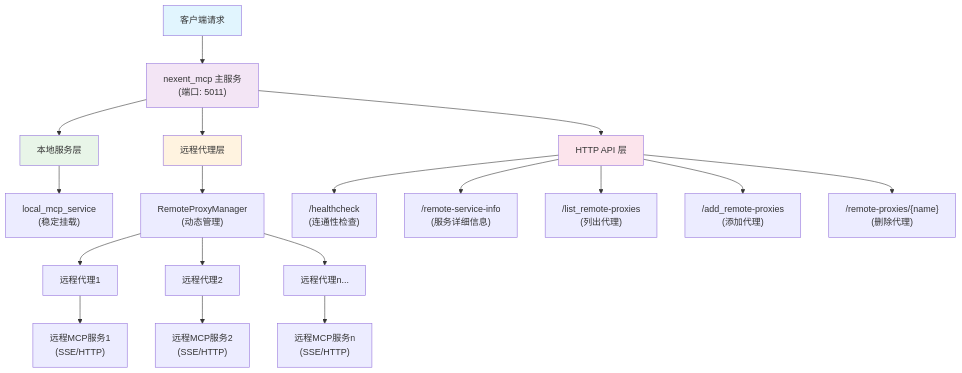
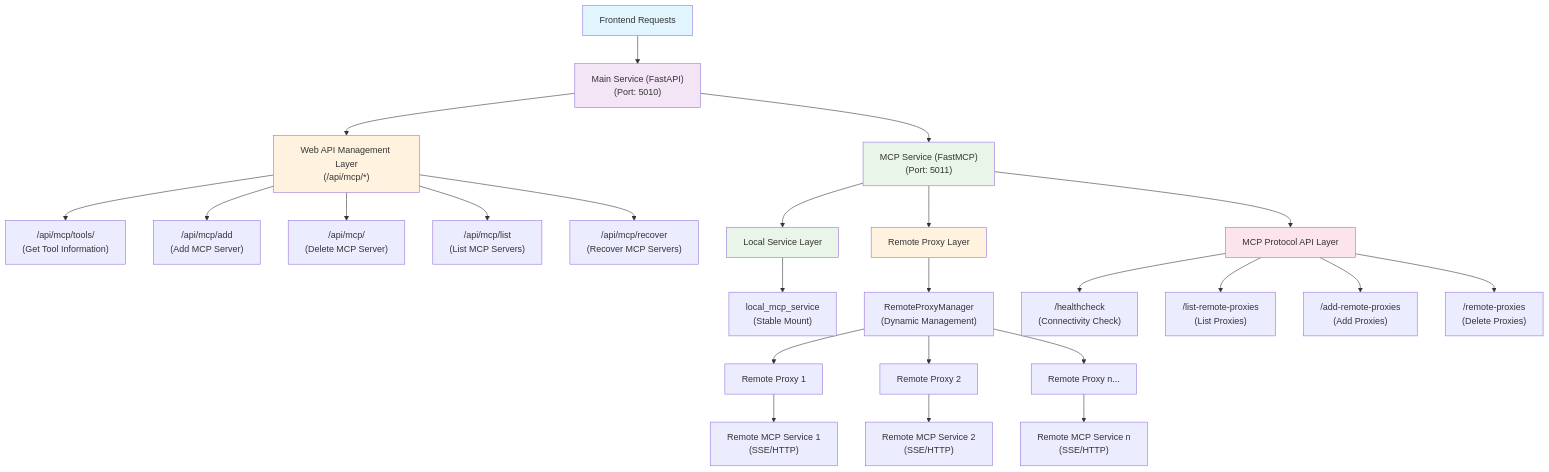
The first of 7 diagrams in backend/mcp_service/README.md (lim12137/clash-web), drawn with Mermaid before and after one commit. The commit also changed other lines of this file and 1 other file, not shown here.

````diff
--- a/backend/mcp_service/README.md
+++ b/backend/mcp_service/README.md
@@ -5,31 +5,41 @@
 ```mermaid
 graph TD
-    A["客户端请求"] --> B["nexent_mcp 主服务<br/>(端口: 5011)"]
+    A["Frontend Requests"] --> B["Main Service (FastAPI)<br/>(Port: 5010)"]
     
-    B --> C["本地服务层"]
-    B --> D["远程代理层"]
-    B --> E["HTTP API 层"]
+    B --> B1["Web API Management Layer<br/>(/api/mcp/*)"]
+    B1 --> B2["/api/mcp/tools/<br/>(Get Tool Information)"]
+    B1 --> B3["/api/mcp/add<br/>(Add MCP Server)"]
+    B1 --> B4["/api/mcp/<br/>(Delete MCP Server)"]
+    B1 --> B5["/api/mcp/list<br/>(List MCP Servers)"]
+    B1 --> B6["/api/mcp/recover<br/>(Recover MCP Servers)"]
     
-    C --> C1["local_mcp_service<br/>(稳定挂载)"]
+    B --> C["MCP Service (FastMCP)<br/>(Port: 5011)"]
     
-    D --> D1["RemoteProxyManager<br/>(动态管理)"]
-    D1 --> D2["远程代理1"]
-    D1 --> D3["远程代理2"]
-    D1 --> D4["远程代理n..."]
+    C --> C1["Local Service Layer"]
+    C --> C2["Remote Proxy Layer"]
+    C --> C3["MCP Protocol API Layer"]
     
-    E --> E1["/healthcheck<br/>(连通性检查)"]
-    E --> E2["/remote-service-info<br/>(服务详细信息)"]
-    E --> E3["/list_remote-proxies<br/>(列出代理)"]
-    E --> E4["/add_remote-proxies<br/>(添加代理)"]
-    E --> E5["/remote-proxies/{name}<br/>(删除代理)"]
+    C1 --> C11["local_mcp_service<br/>(Stable Mount)"]
     
-    D2 --> F1["远程MCP服务1<br/>(SSE/HTTP)"]
-    D3 --> F2["远程MCP服务2<br/>(SSE/HTTP)"]
-    D4 --> F3["远程MCP服务n<br/>(SSE/HTTP)"]
+    C2 --> C21["RemoteProxyManager<br/>(Dynamic Management)"]
+    C21 --> C22["Remote Proxy 1"]
+    C21 --> C23["Remote Proxy 2"]
+    C21 --> C24["Remote Proxy n..."]
+    
+    C3 --> C31["/healthcheck<br/>(Connectivity Check)"]
+    C3 --> C32["/list-remote-proxies<br/>(List Proxies)"]
+    C3 --> C33["/add-remote-proxies<br/>(Add Proxies)"]
+    C3 --> C34["/remote-proxies<br/>(Delete Proxies)"]
+    
+    C22 --> D1["Remote MCP Service 1<br/>(SSE/HTTP)"]
+    C23 --> D2["Remote MCP Service 2<br/>(SSE/HTTP)"]
+    C24 --> D3["Remote MCP Service n<br/>(SSE/HTTP)"]
     
     style A fill:#e1f5fe
     style B fill:#f3e5f5
     style C fill:#e8f5e8
-    style D fill:#fff3e0
-    style E fill:#fce4ec
+    style B1 fill:#fff3e0
+    style C1 fill:#e8f5e8
+    style C2 fill:#fff3e0
+    style C3 fill:#fce4ec
 ```
````
